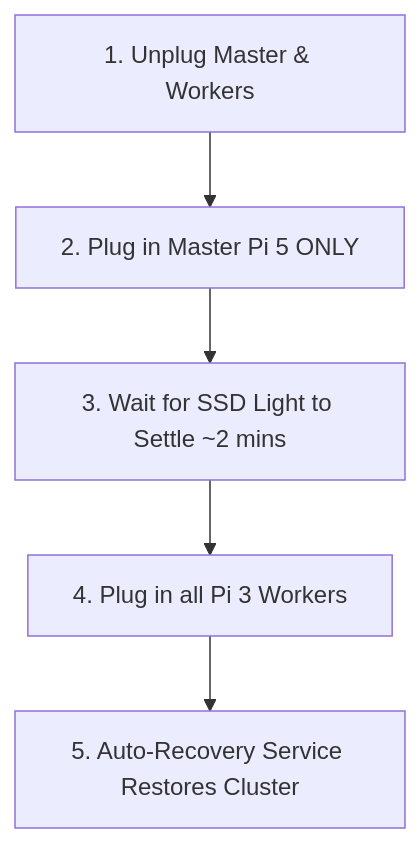
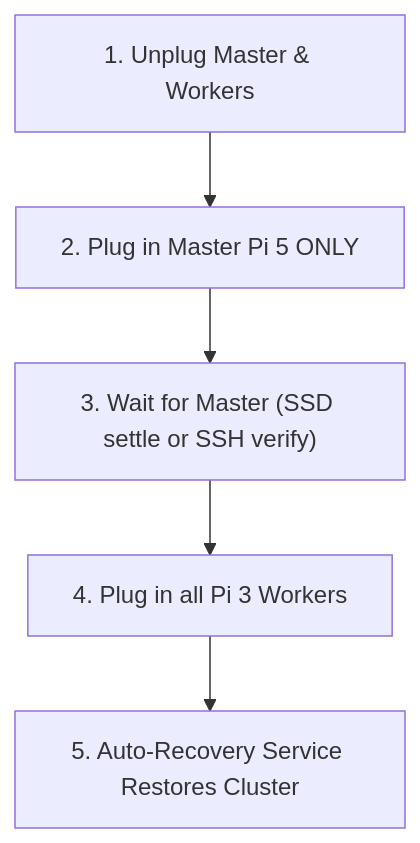
One commit to Group-6-Cloud-Computing-SS2026/Threat-Detection-System changed the diagram in docs/docs/guides/shutdown-and-cold-start.md. Above: the diagram before and after it, drawn with Mermaid. The commit also changed other lines of this file, not shown here.

````diff
--- a/docs/docs/guides/shutdown-and-cold-start.md
+++ b/docs/docs/guides/shutdown-and-cold-start.md
@@ -21,7 +21,7 @@
 ```mermaid
 graph TD
     A[1. Unplug Master & Workers] --> B[2. Plug in Master Pi 5 ONLY]
-    B --> C[3. Wait for SSD Light to Settle ~2 mins]
+    B --> C["3. Wait for Master (SSD settle or SSH verify)"]
     C --> D[4. Plug in all Pi 3 Workers]
     D --> E[5. Auto-Recovery Service Restores Cluster]
 ```
````
